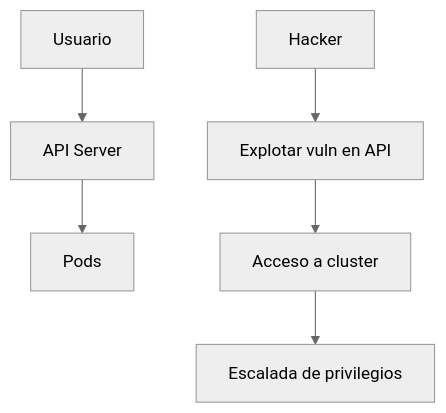
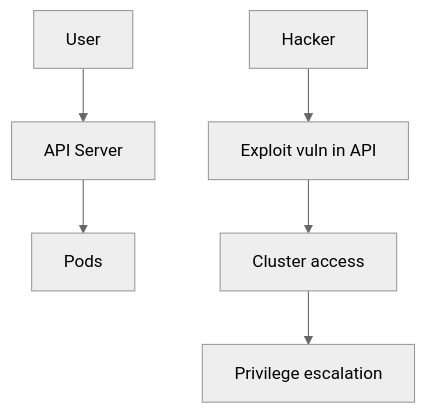
Before and after one commit to rasty94/Frikiteam-docs: the diagram in docs/en/doc/cybersecurity/modelo_amenazas.md, drawn with Mermaid (neutral theme). The commit also changed other lines of this file and 22 other files, not shown here.

````diff
--- a/docs/en/doc/cybersecurity/modelo_amenazas.md
+++ b/docs/en/doc/cybersecurity/modelo_amenazas.md
@@ -82,8 +82,8 @@
 ```mermaid
 graph TD
-    A[Usuario] --> B[API Server]
+    A[User] --> B[API Server]
     B --> C[Pods]
-    D[Hacker] --> E[Explotar vuln en API]
-    E --> F[Acceso a cluster]
-    F --> G[Escalada de privilegios]
+    D[Hacker] --> E[Exploit vuln in API]
+    E --> F[Cluster access]
+    F --> G[Privilege escalation]
 ```
````
